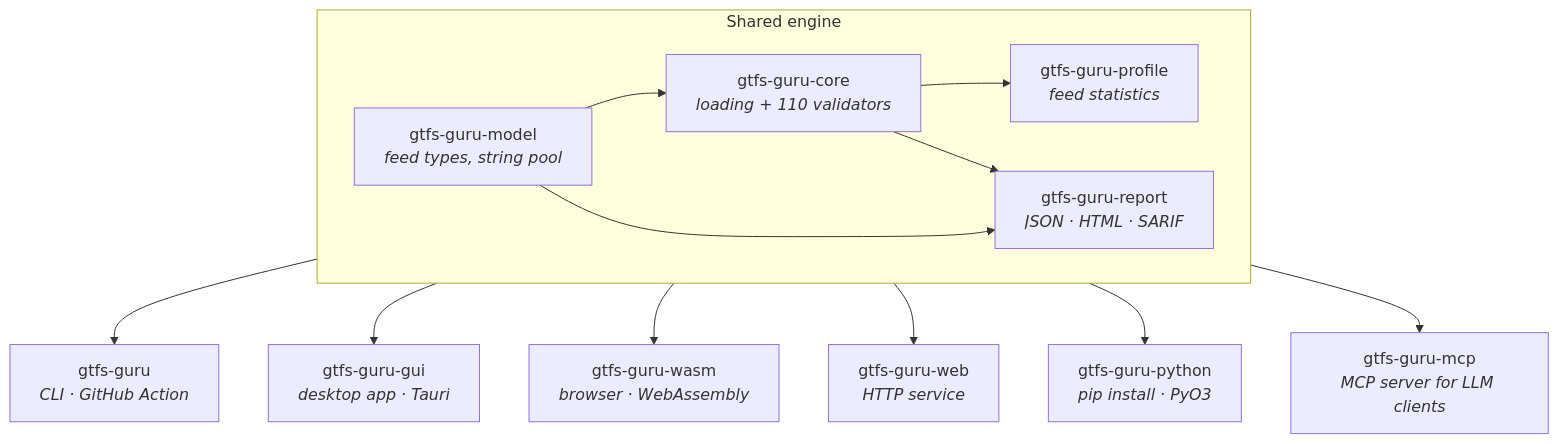
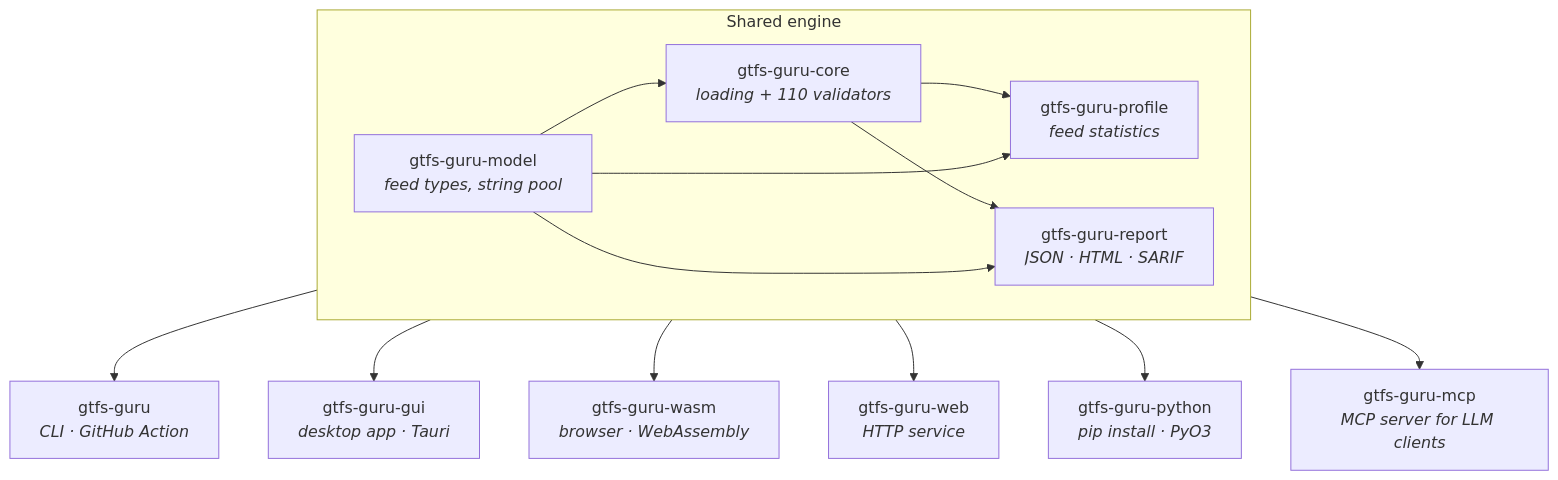
One commit to abasis-ltd/gtfs.guru changed the diagram in README.md. Above: the diagram before and after it, drawn with Mermaid. The commit also changed other lines of this file and 1 other file, not shown here.

First line of the commit message:
Make CONTRIBUTING the one accurate module graph

````diff
--- a/README.md
+++ b/README.md
@@ -217,21 +217,22 @@
 ```mermaid
 flowchart TD
     subgraph engine["Shared engine"]
         direction LR
         model["gtfs-guru-model<br/><i>feed types, string pool</i>"]
         core["gtfs-guru-core<br/><i>loading + 110 validators</i>"]
         profile["gtfs-guru-profile<br/><i>feed statistics</i>"]
         report["gtfs-guru-report<br/><i>JSON · HTML · SARIF</i>"]
         model --> core
         core --> profile
         core --> report
+        model --> profile
         model --> report
     end
 
     engine --> cli["gtfs-guru<br/><i>CLI · GitHub Action</i>"]
     engine --> gui["gtfs-guru-gui<br/><i>desktop app · Tauri</i>"]
     engine --> wasm["gtfs-guru-wasm<br/><i>browser · WebAssembly</i>"]
     engine --> web["gtfs-guru-web<br/><i>HTTP service</i>"]
     engine --> python["gtfs-guru-python<br/><i>pip install · PyO3</i>"]
     engine --> mcp["gtfs-guru-mcp<br/><i>MCP server for LLM clients</i>"]
 ```
````
